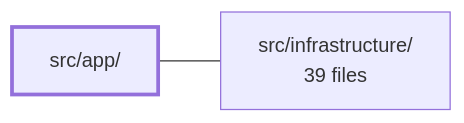
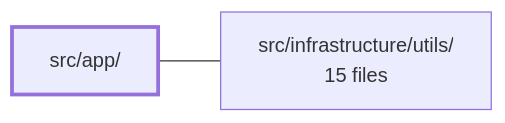
The diagram in .2brain/modules/boilerplate-vue-frontend_src_app.md (Guebbit/boilerplate-vue-frontend), drawn with Mermaid before and after one commit. The commit also changed other lines of this file and 960 other files, not shown here.

````diff
--- a/.2brain/modules/boilerplate-vue-frontend_src_app.md
+++ b/.2brain/modules/boilerplate-vue-frontend_src_app.md
@@ -38,7 +35,7 @@
 ```mermaid
 flowchart LR
     m_src_app["src/app/"]
-    m_src_infrastructure["src/infrastructure/<br/>39 files"]
-    m_src_app --- m_src_infrastructure
+    m_src_infrastructure_utils["src/infrastructure/utils/<br/>15 files"]
+    m_src_app --- m_src_infrastructure_utils
     style m_src_app stroke-width:3px
 ```
````
